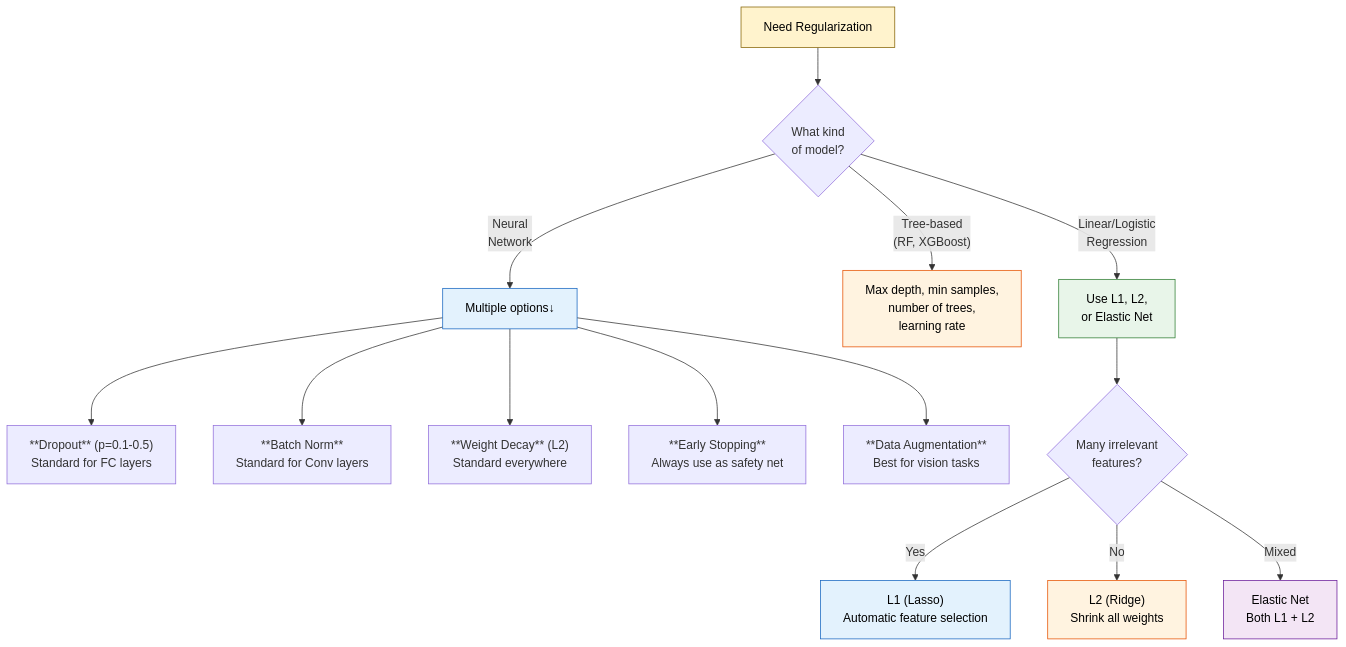
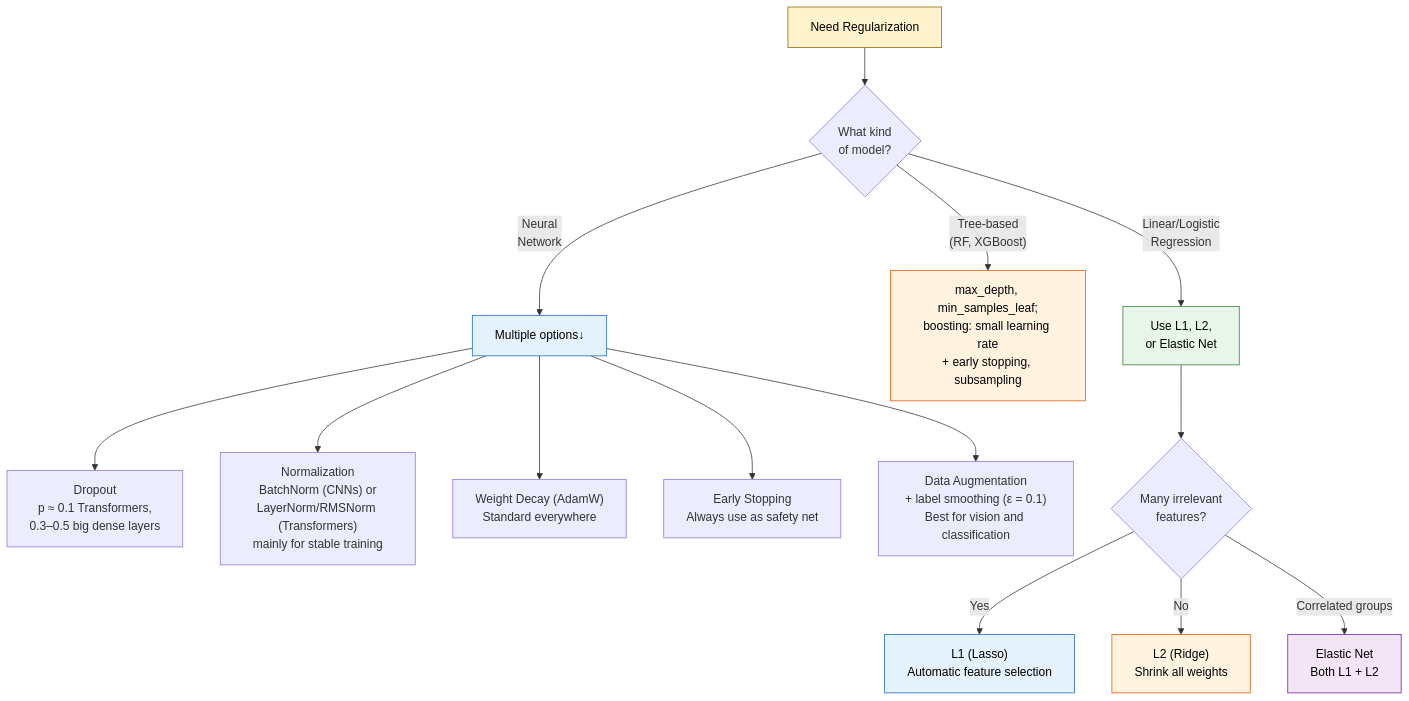
Before and after one commit to Hmago/ml4: diagram 14 of 47 in content/34_google_top10_ml_interview.md, drawn with Mermaid. The commit also changed other lines of this file and 59 other files, not shown here.

````diff
--- a/content/34_google_top10_ml_interview.md
+++ b/content/34_google_top10_ml_interview.md
@@ -829,27 +1126,27 @@
 ```mermaid
 graph TD
     START["Need Regularization"] --> Q1{"What kind<br/>of model?"}
     
     Q1 -->|"Linear/Logistic<br/>Regression"| LIN["Use L1, L2,<br/>or Elastic Net"]
-    Q1 -->|"Tree-based<br/>(RF, XGBoost)"| TREE["Max depth, min samples,<br/>number of trees,<br/>learning rate"]
+    Q1 -->|"Tree-based<br/>(RF, XGBoost)"| TREE["max_depth, min_samples_leaf;<br/>boosting: small learning rate<br/>+ early stopping, subsampling"]
     Q1 -->|"Neural<br/>Network"| NN["Multiple options↓"]
     
-    NN --> D["**Dropout** (p=0.1-0.5)<br/>Standard for FC layers"]
-    NN --> BN["**Batch Norm**<br/>Standard for Conv layers"]
-    NN --> WD["**Weight Decay** (L2)<br/>Standard everywhere"]
-    NN --> ES["**Early Stopping**<br/>Always use as safety net"]
-    NN --> DA["**Data Augmentation**<br/>Best for vision tasks"]
+    NN --> D["Dropout<br/>p ≈ 0.1 Transformers,<br/>0.3–0.5 big dense layers"]
+    NN --> BN["Normalization<br/>BatchNorm (CNNs) or<br/>LayerNorm/RMSNorm (Transformers)<br/>mainly for stable training"]
+    NN --> WD["Weight Decay (AdamW)<br/>Standard everywhere"]
+    NN --> ES["Early Stopping<br/>Always use as safety net"]
+    NN --> DA["Data Augmentation<br/>+ label smoothing (ε = 0.1)<br/>Best for vision and classification"]
     
     LIN --> Q2{"Many irrelevant<br/>features?"}
     Q2 -->|"Yes"| USE_L1["L1 (Lasso)<br/>Automatic feature selection"]
     Q2 -->|"No"| USE_L2["L2 (Ridge)<br/>Shrink all weights"]
-    Q2 -->|"Mixed"| USE_EN["Elastic Net<br/>Both L1 + L2"]
+    Q2 -->|"Correlated groups"| USE_EN["Elastic Net<br/>Both L1 + L2"]
 
     style START fill:#fff3cd,stroke:#856404,color:#000
     style NN fill:#e3f2fd,stroke:#1565c0,color:#000
     style LIN fill:#e8f5e9,stroke:#2e7d32,color:#000
     style TREE fill:#fff3e0,stroke:#e65100,color:#000
     style USE_L1 fill:#e3f2fd,stroke:#1565c0,color:#000
     style USE_L2 fill:#fff3e0,stroke:#e65100,color:#000
     style USE_EN fill:#f3e5f5,stroke:#6a1b9a,color:#000
 ```
````
